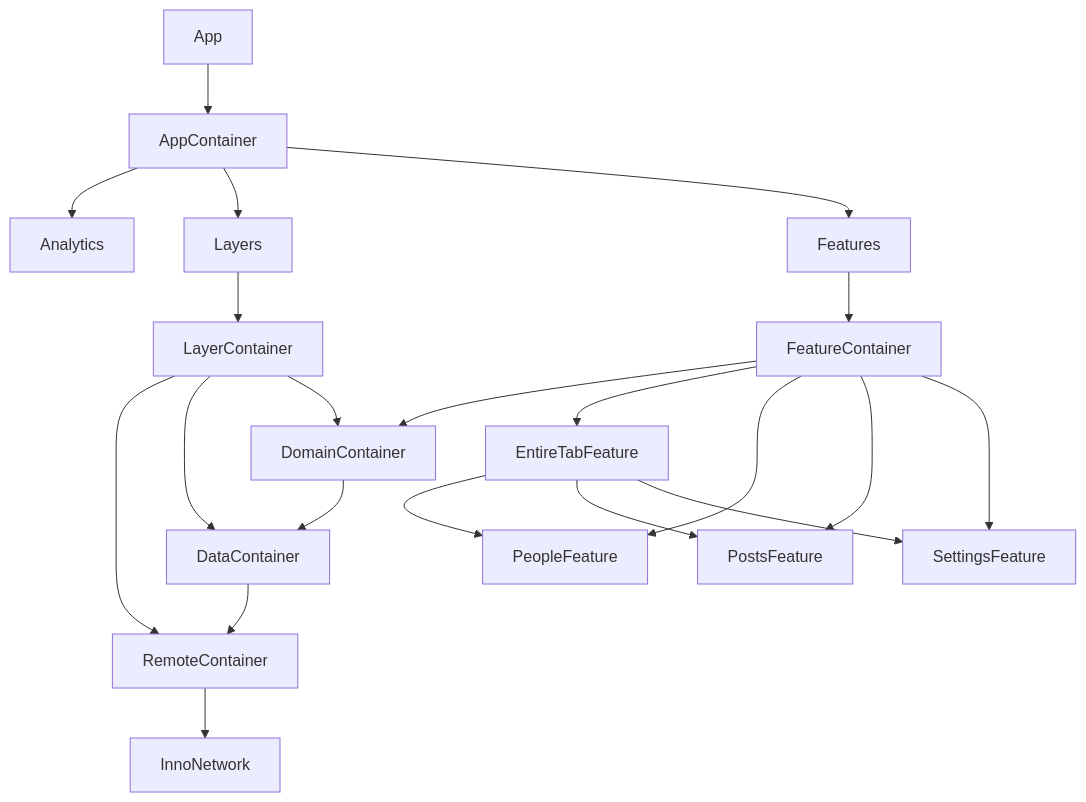
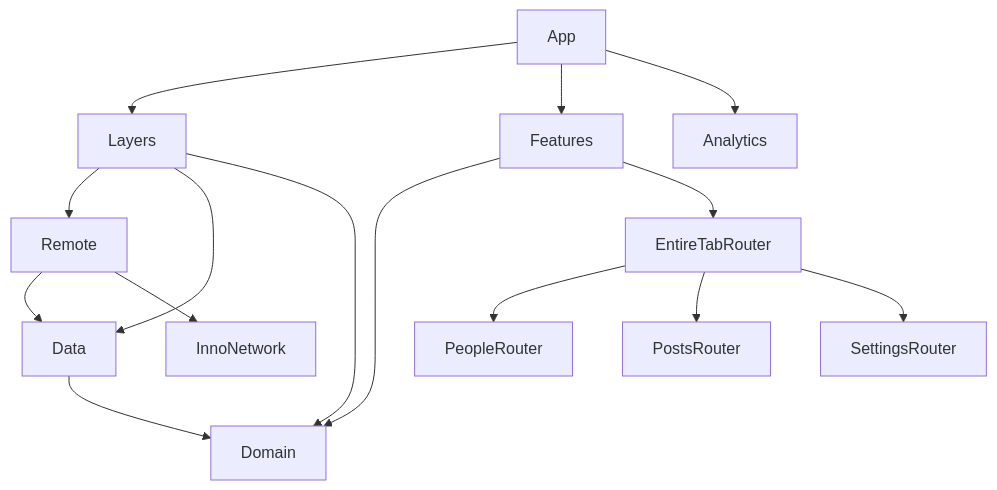
One commit to InnoSquadCorp/InnoSample changed the diagram in README.md. Above: the diagram before and after it, drawn with Mermaid. The commit also changed other lines of this file and 9 other files, not shown here.

````diff
--- a/README.md
+++ b/README.md
@@ -105,41 +70,17 @@
 ```mermaid
 graph TD
-    App["App"]
-    AppContainer["AppContainer"]
-    Analytics["Analytics"]
-    InnoNetwork["InnoNetwork"]
-    Layers["Layers"]
-    LayerContainer["LayerContainer"]
-    RemoteContainer["RemoteContainer"]
-    DataContainer["DataContainer"]
-    DomainContainer["DomainContainer"]
-    Features["Features"]
-    FeatureContainer["FeatureContainer"]
-    EntireTab["EntireTabFeature"]
-    People["PeopleFeature"]
-    Posts["PostsFeature"]
-    Settings["SettingsFeature"]
-
-    App --> AppContainer
-    AppContainer --> Analytics
-    AppContainer --> Layers
-    AppContainer --> Features
-
-    Layers --> LayerContainer
-    LayerContainer --> RemoteContainer
-    LayerContainer --> DataContainer
-    LayerContainer --> DomainContainer
-    RemoteContainer --> InnoNetwork
-    DataContainer --> RemoteContainer
-    DomainContainer --> DataContainer
-
-    Features --> FeatureContainer
-    FeatureContainer --> DomainContainer
-    FeatureContainer --> EntireTab
-    FeatureContainer --> People
-    FeatureContainer --> Posts
-    FeatureContainer --> Settings
-    EntireTab --> People
-    EntireTab --> Posts
-    EntireTab --> Settings
+    App --> Layers
+    App --> Features
+    App --> Analytics
+    Layers --> Remote
+    Layers --> Data
+    Layers --> Domain
+    Remote --> Data
+    Remote --> InnoNetwork
+    Data --> Domain
+    Features --> Domain
+    Features --> EntireTabRouter
+    EntireTabRouter --> PeopleRouter
+    EntireTabRouter --> PostsRouter
+    EntireTabRouter --> SettingsRouter
 ```
````
